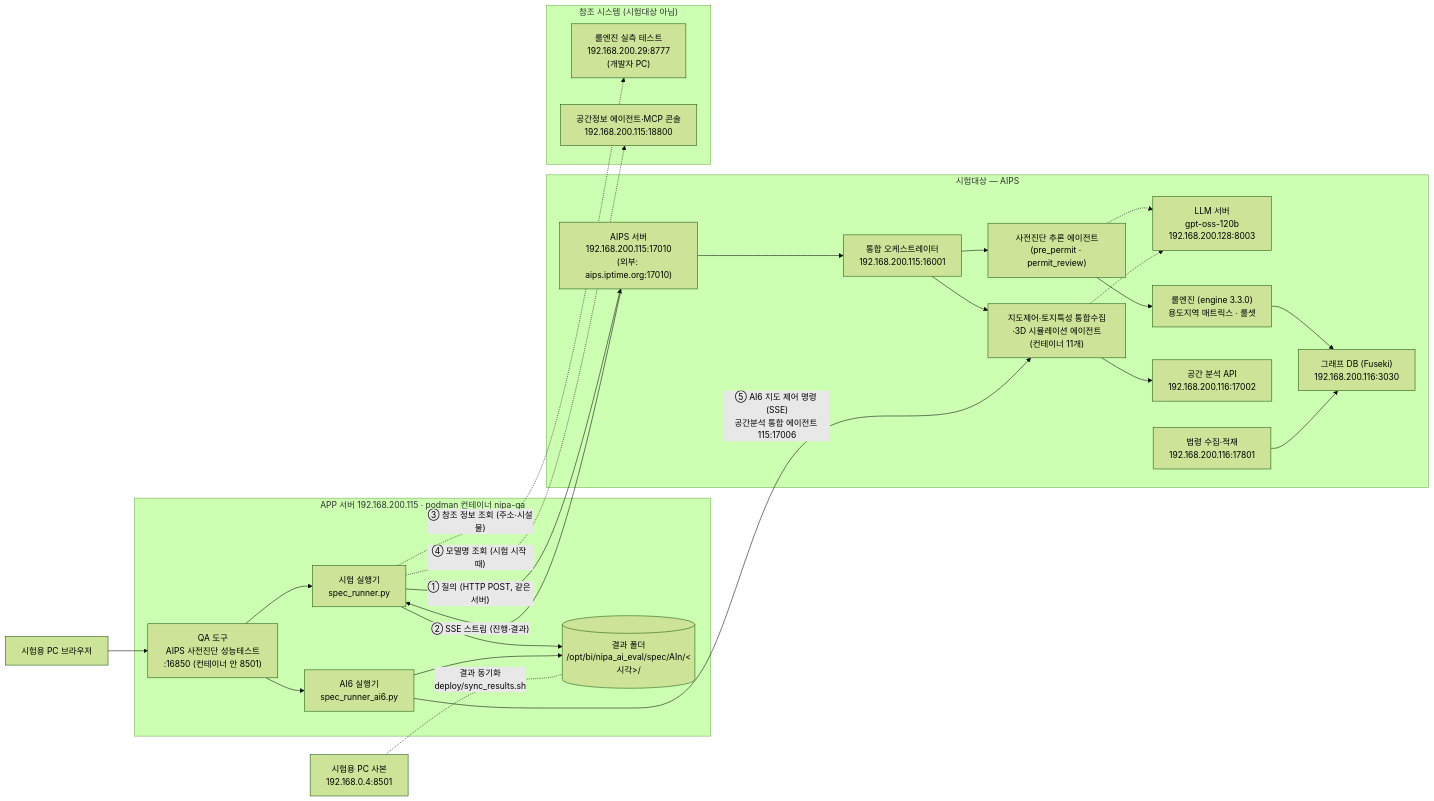
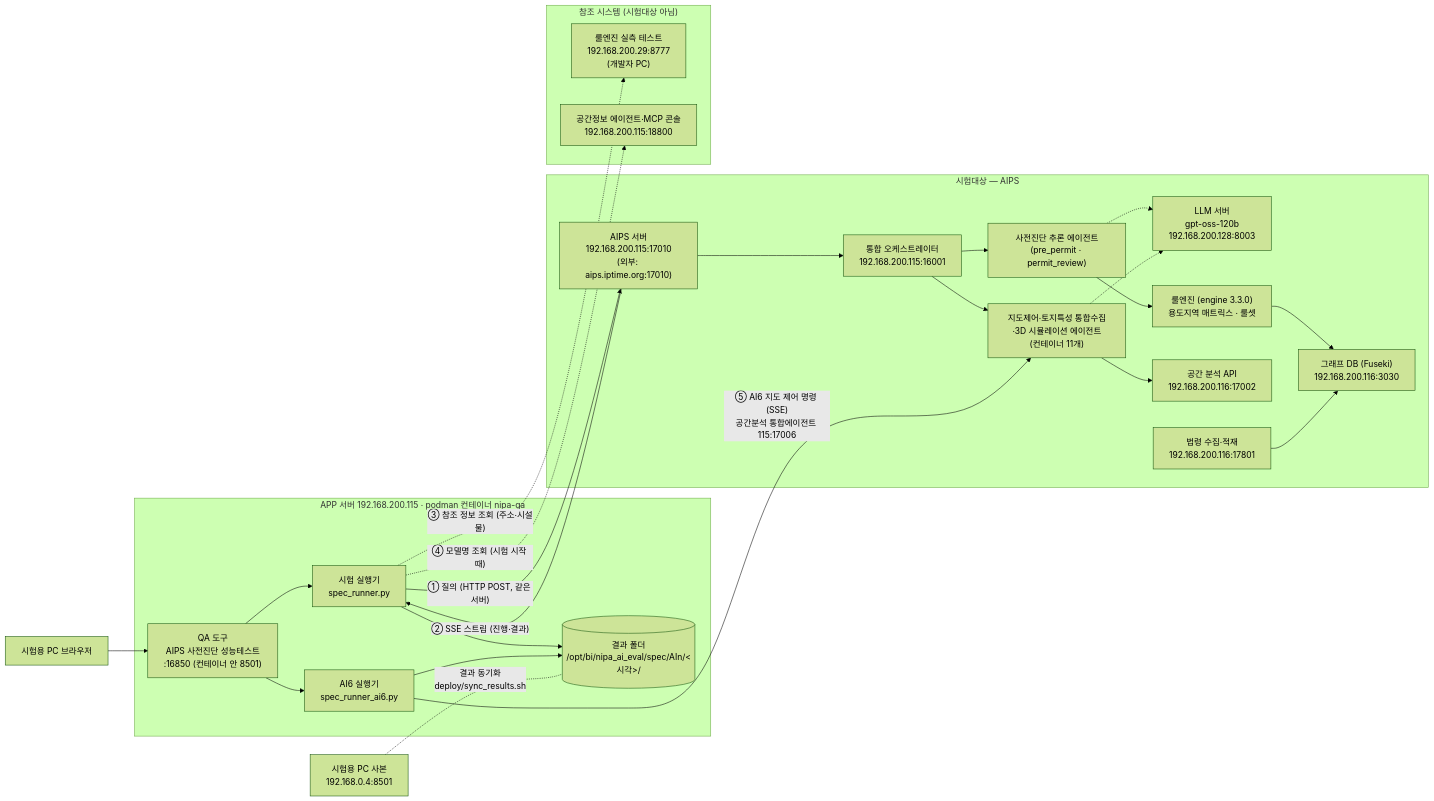
Before and after one commit to eunkyeoung/nipa_ai_eval: the first of 2 diagrams in 시스템_아키텍처.md, drawn with Mermaid (forest theme). The commit also changed other lines of this file and 10 other files, not shown here.

Commit message:
명칭 기준을 사업계획 변경서(2026-09-29)로 통일: 공간분석 통합에이전트·분석 모듈·3D 건물 생성 모듈, AI1~AI5 응답 흐름 요약 포함(130절)

````diff
--- a/시스템_아키텍처.md
+++ b/시스템_아키텍처.md
@@ -18,44 +18,44 @@
 ```mermaid
 flowchart LR
     BR["시험용 PC 브라우저"] --> APP
     subgraph QA["APP 서버 192.168.200.115 · podman 컨테이너 nipa-qa"]
         APP["QA 도구<br/>AIPS 사전진단 성능테스트<br/>:16850 (컨테이너 안 8501)"]
         APP --> RUN["시험 실행기<br/>spec_runner.py"]
         APP --> RUN6["AI6 실행기<br/>spec_runner_ai6.py"]
         RUN --> FS[("결과 폴더<br/>/opt/bi/nipa_ai_eval/spec/AIn/&lt;시각&gt;/")]
         RUN6 --> FS
     end
     PCQA["시험용 PC 사본<br/>192.168.0.4:8501"] -. "결과 동기화<br/>deploy/sync_results.sh" .- FS
 
     subgraph SUT["시험대상 — AIPS"]
         WEB["AIPS 서버<br/>192.168.200.115:17010<br/>(외부: aips.iptime.org:17010)"]
         ORC["통합 오케스트레이터<br/>192.168.200.115:16001"]
         PP["사전진단 추론 에이전트<br/>(pre_permit · permit_review)"]
         SPA["지도제어·토지특성 통합수집·3D 시뮬레이션 에이전트<br/>(컨테이너 11개)"]
         LLM["LLM 서버<br/>gpt-oss-120b<br/>192.168.200.128:8003"]
         ENG["룰엔진 (engine 3.3.0)<br/>용도지역 매트릭스 · 룰셋"]
         GEO["공간 분석 API<br/>192.168.200.116:17002"]
         LAW["법령 수집·적재<br/>192.168.200.116:17801"]
         FUS["그래프 DB (Fuseki)<br/>192.168.200.116:3030"]
         WEB --> ORC
         ORC --> PP
         ORC --> SPA
         PP --> ENG
         SPA --> GEO
         PP -.-> LLM
         SPA -.-> LLM
         ENG --> FUS
         LAW --> FUS
     end
 
     subgraph REF["참조 시스템 (시험대상 아님)"]
         R8777["룰엔진 실측 테스트<br/>192.168.200.29:8777<br/>(개발자 PC)"]
         CON["공간정보 에이전트·MCP 콘솔<br/>192.168.200.115:18800"]
     end
 
     RUN -- "① 질의 (HTTP POST, 같은 서버)" --> WEB
     WEB -- "② SSE 스트림 (진행·결과)" --> RUN
     RUN -. "③ 참조 정보 조회 (주소·시설물)" .-> R8777
     RUN -. "④ 모델명 조회 (시험 시작 때)" .-> CON
-    RUN6 -- "⑤ AI6 지도 제어 명령 (SSE)<br/>공간분석 통합 에이전트 115:17006" --> SPA
+    RUN6 -- "⑤ AI6 지도 제어 명령 (SSE)<br/>공간분석 통합에이전트 115:17006" --> SPA
 ```
````
